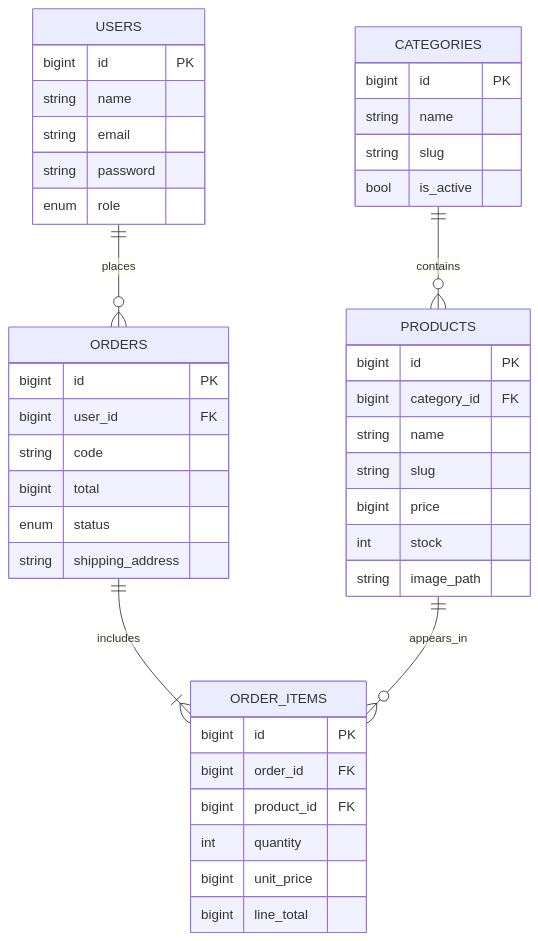
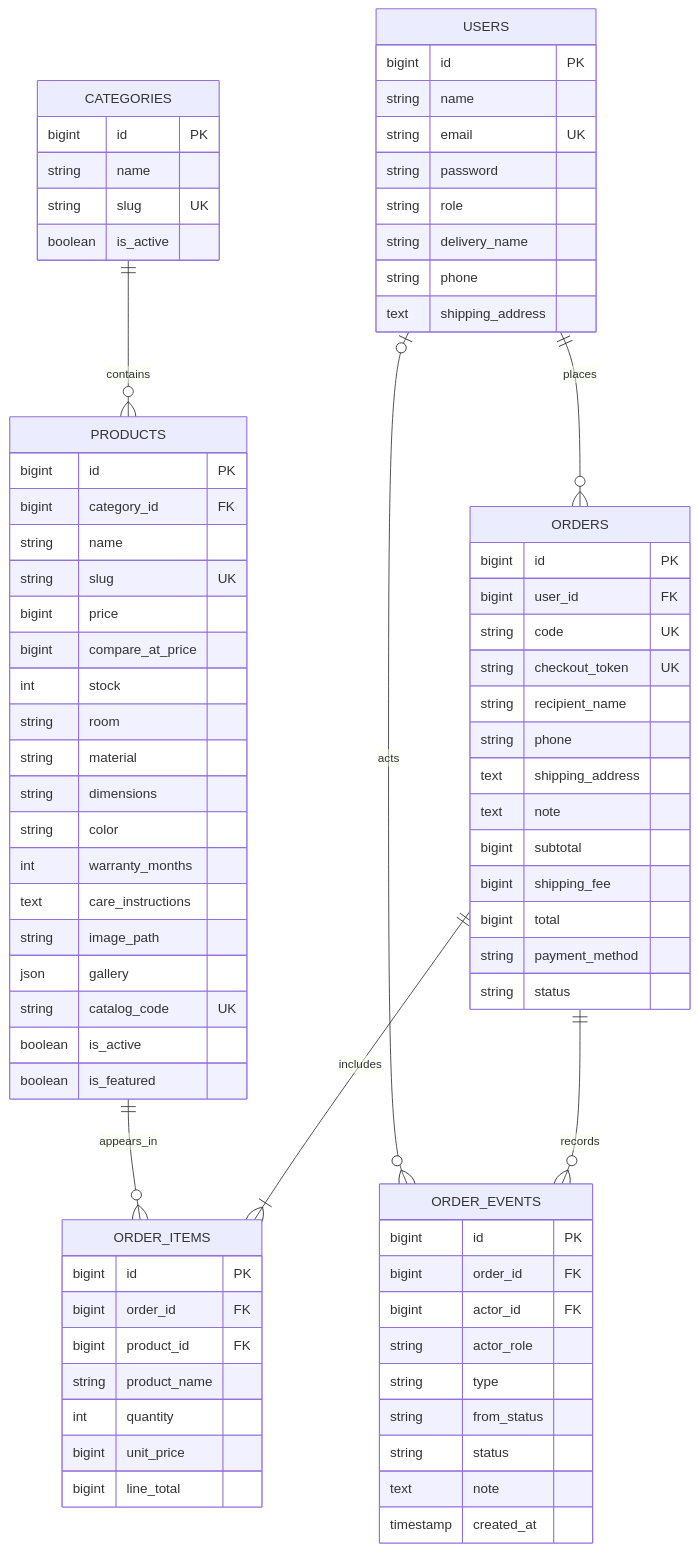
Before and after one commit to longdt2025/nest-market-laravel: the second of 4 diagrams in docs/BAO_CAO.md, drawn with Mermaid. The commit also changed other lines of this file and 5 other files, not shown here.

````diff
--- a/docs/BAO_CAO.md
+++ b/docs/BAO_CAO.md
@@ -57,12 +61,80 @@
 ```mermaid
 erDiagram
-  USERS ||--o{ ORDERS : places
-  CATEGORIES ||--o{ PRODUCTS : contains
-  ORDERS ||--|{ ORDER_ITEMS : includes
-  PRODUCTS ||--o{ ORDER_ITEMS : appears_in
-  USERS { bigint id PK string name string email string password enum role }
-  CATEGORIES { bigint id PK string name string slug bool is_active }
-  PRODUCTS { bigint id PK bigint category_id FK string name string slug bigint price int stock string image_path }
-  ORDERS { bigint id PK bigint user_id FK string code bigint total enum status string shipping_address }
-  ORDER_ITEMS { bigint id PK bigint order_id FK bigint product_id FK int quantity bigint unit_price bigint line_total }
+    USERS ||--o{ ORDERS : places
+    CATEGORIES ||--o{ PRODUCTS : contains
+    ORDERS ||--|{ ORDER_ITEMS : includes
+    PRODUCTS ||--o{ ORDER_ITEMS : appears_in
+    ORDERS ||--o{ ORDER_EVENTS : records
+    USERS o|--o{ ORDER_EVENTS : acts
+    USERS {
+        bigint id PK
+        string name
+        string email UK
+        string password
+        string role
+        string delivery_name
+        string phone
+        text shipping_address
+    }
+    CATEGORIES {
+        bigint id PK
+        string name
+        string slug UK
+        boolean is_active
+    }
+    PRODUCTS {
+        bigint id PK
+        bigint category_id FK
+        string name
+        string slug UK
+        bigint price
+        bigint compare_at_price
+        int stock
+        string room
+        string material
+        string dimensions
+        string color
+        int warranty_months
+        text care_instructions
+        string image_path
+        json gallery
+        string catalog_code UK
+        boolean is_active
+        boolean is_featured
+    }
+    ORDERS {
+        bigint id PK
+        bigint user_id FK
+        string code UK
+        string checkout_token UK
+        string recipient_name
+        string phone
+        text shipping_address
+        text note
+        bigint subtotal
+        bigint shipping_fee
+        bigint total
+        string payment_method
+        string status
+    }
+    ORDER_ITEMS {
+        bigint id PK
+        bigint order_id FK
+        bigint product_id FK
+        string product_name
+        int quantity
+        bigint unit_price
+        bigint line_total
+    }
+    ORDER_EVENTS {
+        bigint id PK
+        bigint order_id FK
+        bigint actor_id FK
+        string actor_role
+        string type
+        string from_status
+        string status
+        text note
+        timestamp created_at
+    }
 ```
````
